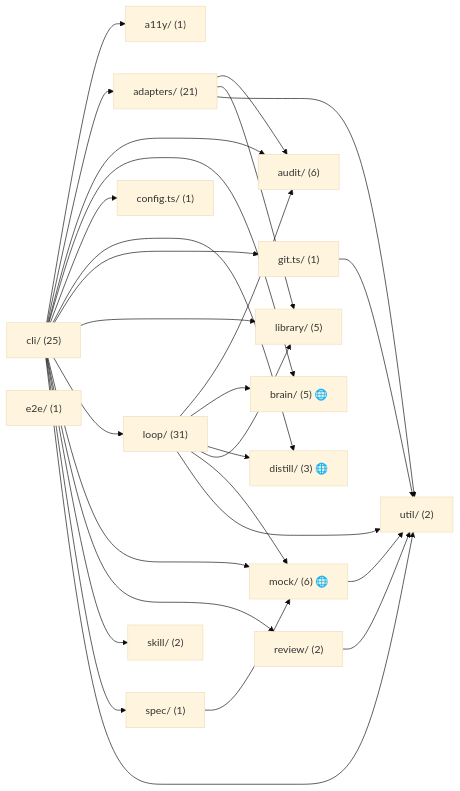
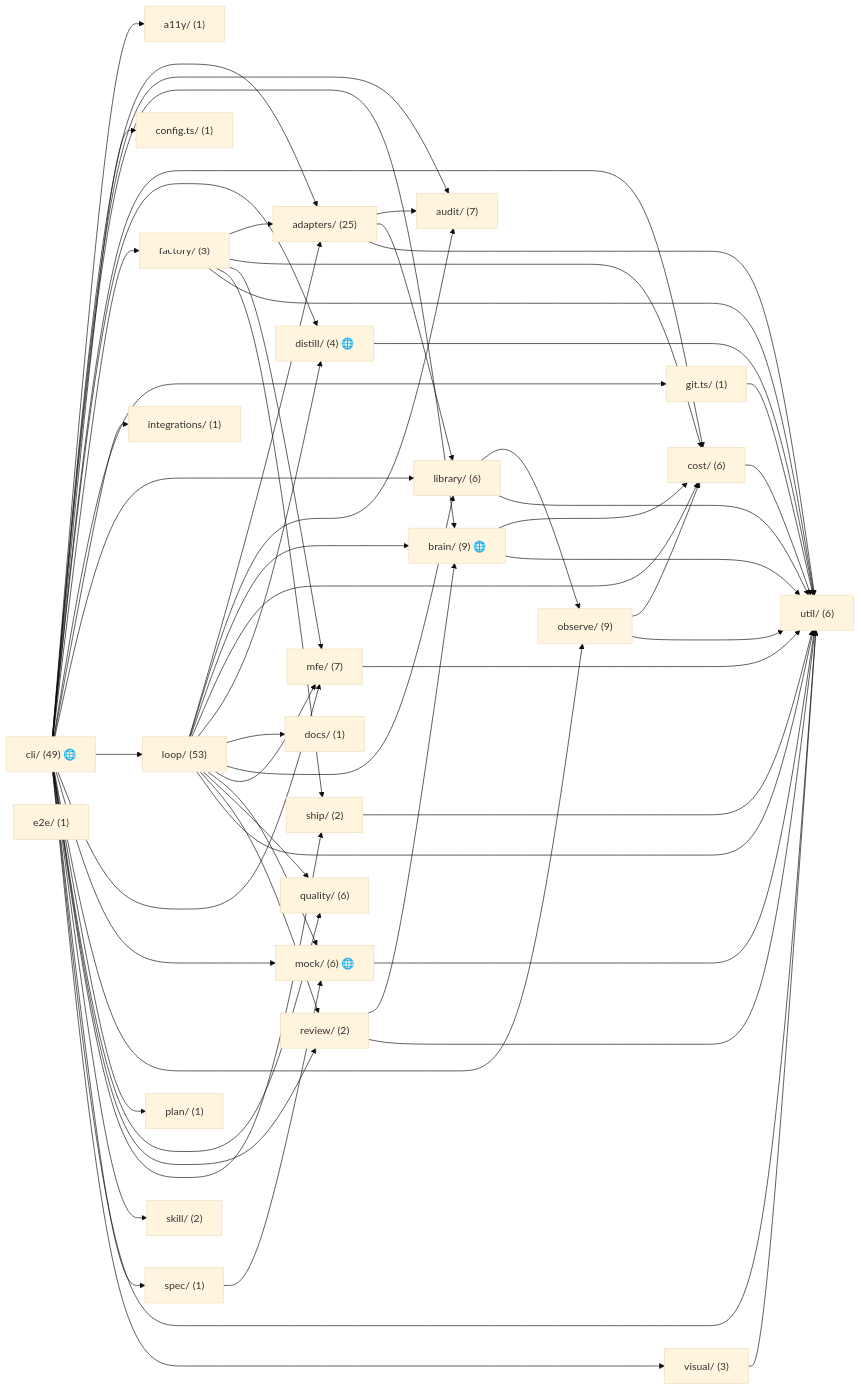
One commit to MaciekBrzeski/probevane changed the diagram in docs/wiki/project-probevane.md. Above: the diagram before and after it, drawn with Mermaid (base theme). The commit also changed other lines of this file, not shown here.

````diff
--- a/docs/wiki/project-probevane.md
+++ b/docs/wiki/project-probevane.md
@@ -243,46 +452,88 @@
 ```mermaid
 flowchart LR
   a11y["a11y/ (1)"]
-  adapters["adapters/ (21)"]
-  audit["audit/ (6)"]
-  brain["brain/ (5) 🌐"]
-  cli["cli/ (25)"]
+  adapters["adapters/ (25)"]
+  audit["audit/ (7)"]
+  brain["brain/ (9) 🌐"]
+  cli["cli/ (49) 🌐"]
   config_ts["config.ts/ (1)"]
-  distill["distill/ (3) 🌐"]
+  cost["cost/ (6)"]
+  distill["distill/ (4) 🌐"]
+  docs["docs/ (1)"]
   e2e["e2e/ (1)"]
+  factory["factory/ (3)"]
   git_ts["git.ts/ (1)"]
-  library["library/ (5)"]
-  loop["loop/ (31)"]
+  integrations["integrations/ (1)"]
+  library["library/ (6)"]
+  loop["loop/ (53)"]
+  mfe["mfe/ (7)"]
   mock["mock/ (6) 🌐"]
+  observe["observe/ (9)"]
+  plan["plan/ (1)"]
+  quality["quality/ (6)"]
   review["review/ (2)"]
+  ship["ship/ (2)"]
   skill["skill/ (2)"]
   spec["spec/ (1)"]
-  util["util/ (2)"]
+  util["util/ (6)"]
+  visual["visual/ (3)"]
   adapters --> audit
   adapters --> library
   adapters --> util
+  brain --> cost
+  brain --> util
   cli --> a11y
   cli --> adapters
   cli --> audit
   cli --> brain
   cli --> config_ts
+  cli --> cost
   cli --> distill
+  cli --> factory
   cli --> git_ts
+  cli --> integrations
   cli --> library
   cli --> loop
+  cli --> mfe
   cli --> mock
+  cli --> observe
+  cli --> plan
+  cli --> quality
   cli --> review
+  cli --> ship
   cli --> skill
   cli --> spec
   cli --> util
+  cli --> visual
+  cost --> util
+  distill --> util
+  factory --> adapters
+  factory --> cost
+  factory --> mfe
+  factory --> ship
+  factory --> util
   git_ts --> util
+  library --> observe
+  library --> util
+  loop --> adapters
   loop --> audit
   loop --> brain
+  loop --> cost
   loop --> distill
+  loop --> docs
   loop --> library
+  loop --> mfe
   loop --> mock
+  loop --> quality
+  loop --> review
   loop --> util
+  mfe --> util
   mock --> util
+  observe --> cost
+  observe --> util
+  review --> brain
   review --> util
+  ship --> util
   spec --> mock
+  visual --> util
 ```
````
